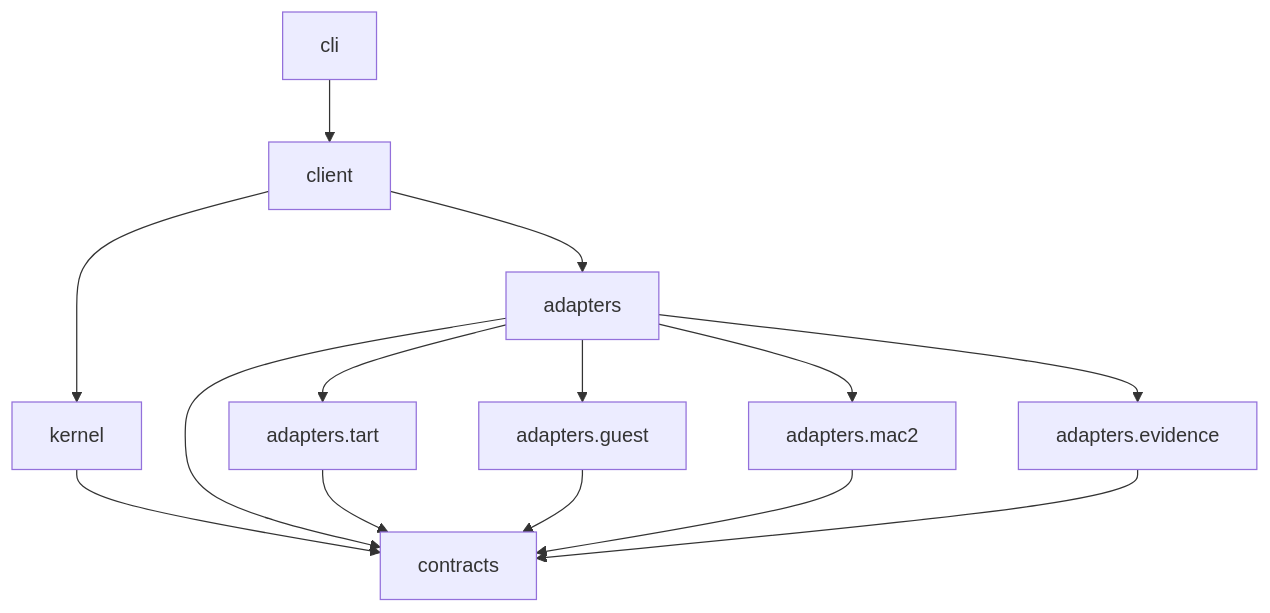
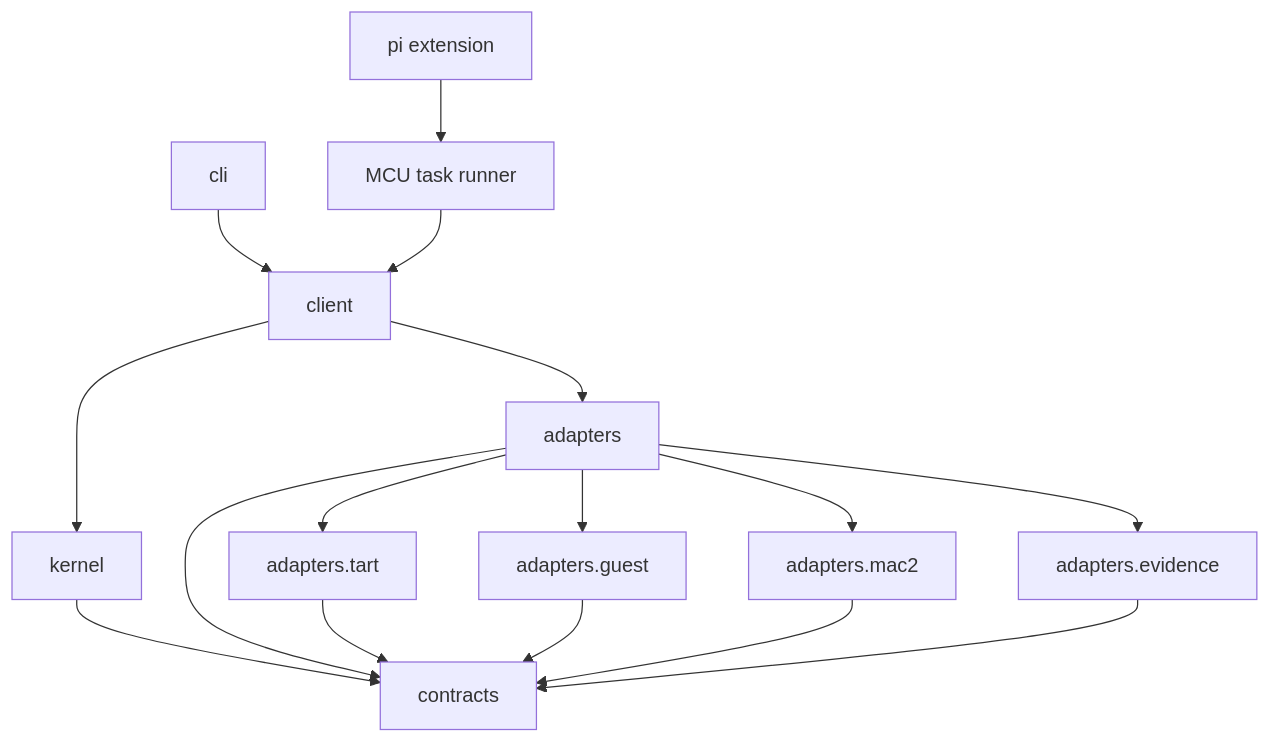
One commit to FSQ-lab/macos-computer-use changed the first of 2 diagrams in SPEC.md. Above: the diagram before and after it, drawn with Mermaid. The commit also changed other lines of this file and 58 other files, not shown here.

````diff
--- a/SPEC.md
+++ b/SPEC.md
@@ -52,16 +53,18 @@
 ```mermaid
 flowchart TD
     CLI[cli] --> Client[client]
+    Pi[pi extension] --> Runner[MCU task runner]
+    Runner --> Client
     Client --> Kernel[kernel]
     Client --> Adapters[adapters]
     Kernel --> Contracts[contracts]
     Adapters --> Contracts
     Adapters --> Tart[adapters.tart]
     Adapters --> Guest[adapters.guest]
     Adapters --> Mac2[adapters.mac2]
     Adapters --> Evidence[adapters.evidence]
     Tart --> Contracts
     Guest --> Contracts
     Mac2 --> Contracts
     Evidence --> Contracts
 ```
````
